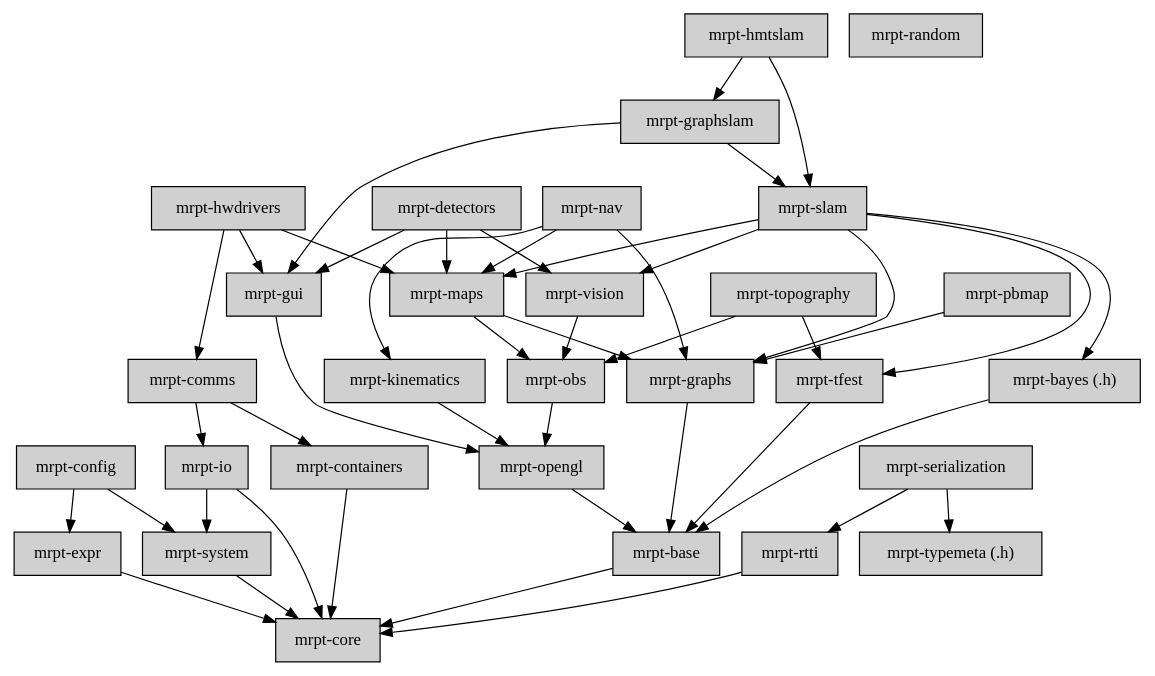
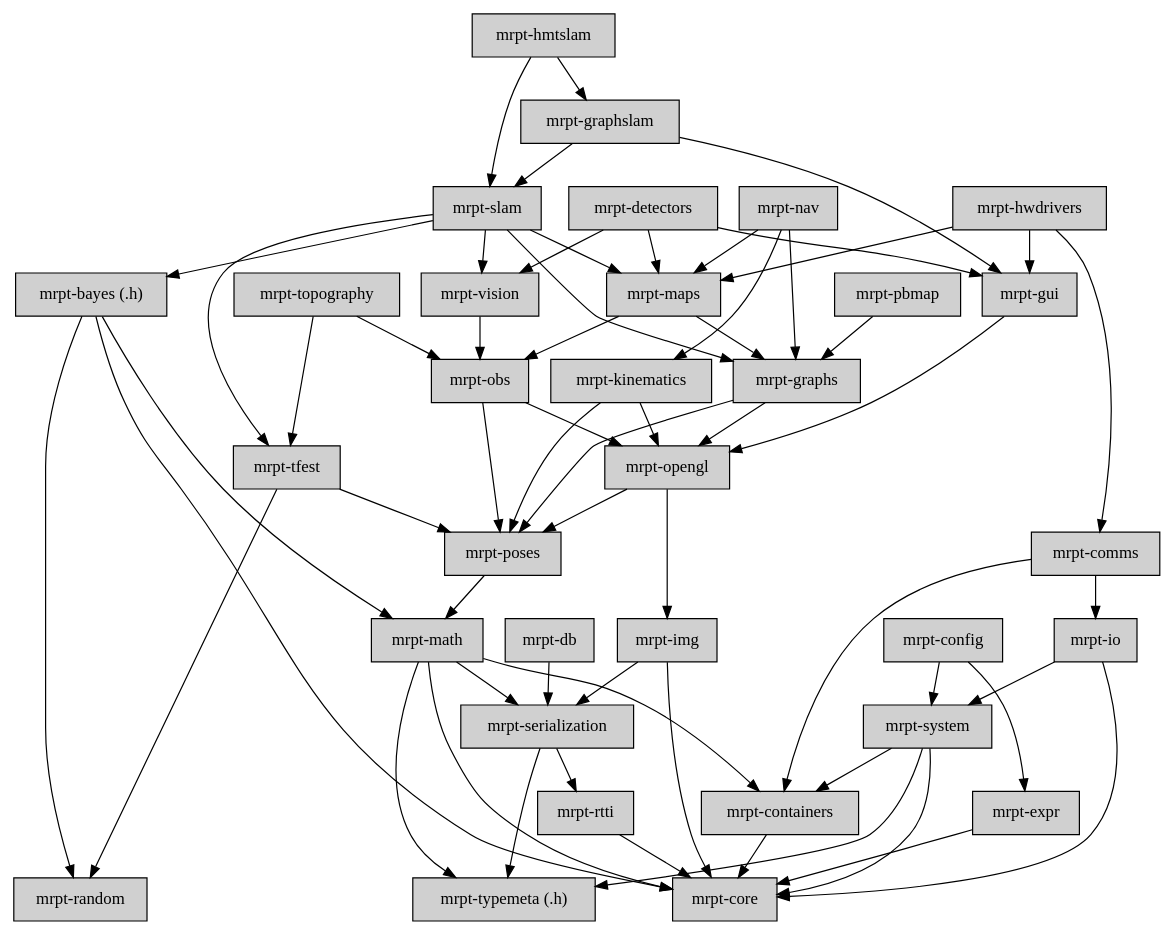
One commit to MRPT/mrpt changed the diagram in doc/design_of_images/graph_mrpt_libs.dot. Above: the diagram before and after it, drawn with Graphviz. The commit also changed 446 other files, not shown here.

```diff
--- a/doc/design_of_images/graph_mrpt_libs.dot
+++ b/doc/design_of_images/graph_mrpt_libs.dot
@@ -1,106 +1,134 @@
 digraph MRPT_LIBS {
 
 	node [shape=box,style=filled, fillcolor="#D0D0D0"];
 
-	base  [label="mrpt-base",URL="group__mrpt__base__grp.html"];
-	base -> core;
-
 	bayes [label="mrpt-bayes (.h)",URL="group__mrpt__bayes__grp.html"];
-	bayes -> base;
+	bayes -> core;
+	bayes -> math;
+	bayes -> random;
 
 	comms [label="mrpt-comms",URL="group__mrpt__comms__grp.html"];
 	comms -> io;
 	comms -> containers
 
 	config   [label="mrpt-config",URL="group__mrpt__config__grp.html"];
 	config -> expr;
 	config -> system;
 
 	containers  [label="mrpt-containers",URL="group__mrpt__containers__grp.html"];
 	containers -> core;
 
+	{ rank = sink; 
 	core       [label="mrpt-core",URL="group__mrpt__core__grp.html"];
+	}
+
+	db         [label="mrpt-db",URL="group__mrpt__db__grp.html"];
+	db  -> serialization;
 
 	detectors  [label="mrpt-detectors",URL="group__mrpt__detectors__grp.html"];
 	detectors -> gui;
 	detectors -> maps;
 	detectors -> vision;
 
 	expr       [label="mrpt-expr",URL="group__mrpt__expr__grp.html"];
 	expr -> core;
 
 	graphs     [label="mrpt-graphs",URL="group__mrpt__graphs__grp.html"];
-	graphs -> base;
+	graphs -> opengl;
+	graphs -> poses;
 
 	graphslam  [label="mrpt-graphslam",URL="group__mrpt__graphslam__grp.html"];
 	graphslam -> gui;
 	graphslam -> slam;
 
 	gui        [label="mrpt-gui",URL="group__mrpt__gui__grp.html"];
 	gui -> opengl;
 
 	hmtslam    [label="mrpt-hmtslam",URL="group__mrpt__hmtslam__grp.html"];
 	hmtslam -> graphslam;
 	hmtslam -> slam;
 
 	hwdrivers  [label="mrpt-hwdrivers",URL="group__mrpt__hwdrivers__grp.html"];
 	hwdrivers -> comms;
 	hwdrivers -> gui;
 	hwdrivers -> maps;
 
+	img [label="mrpt-img",URL="group__mrpt__img__grp.html"];
+	img  -> core;
+	img  -> serialization;
+
 	io [label="mrpt-io",URL="group__mrpt__io__grp.html"];
 	io  -> core;
 	io  -> system;
 
+	kinematics [label="mrpt-kinematics",URL="group__mrpt__kinematics__grp.html"];
 	kinematics -> opengl;
-	kinematics [label="mrpt-kinematics",URL="group__mrpt__kinematics__grp.html"];
+	kinematics -> poses;
 
 	maps       [label="mrpt-maps",URL="group__mrpt__maps__grp.html"];
 	maps -> graphs;
 	maps -> obs;
+
+	math       [label="mrpt-math",URL="group__mrpt__math__grp.html"];
+	math -> core;
+	math -> containers;
+	math -> typemeta;
+	math -> serialization;
 
 	nav        [label="mrpt-nav",URL="group__mrpt__nav__grp.html"];
 	nav -> graphs;
 	nav -> kinematics;
 	nav -> maps;
 
 	obs        [label="mrpt-obs",URL="group__mrpt__obs__grp.html"];
 	obs -> opengl;
+	obs -> poses;
 
 	opengl     [label="mrpt-opengl", URL="group__mrpt__opengl__grp.html"];
-	opengl -> base;
+	opengl -> poses;
+	opengl -> img;
 
 	pbmap      [label="mrpt-pbmap",URL="group__mrpt__pbmap__grp.html"];
 	pbmap -> graphs;
 
+	poses     [label="mrpt-poses",URL="group__mrpt__poses__grp.html"];
+	poses -> math;
+	
+	{ rank = sink; 
 	random     [label="mrpt-random",URL="group__mrpt__random__grp.html"];
+	}
 
 	rtti     [label="mrpt-rtti",URL="group__mrpt__rtti__grp.html"];
 	rtti -> core;
 
 	serialization [label="mrpt-serialization",URL="group__mrpt__serialization__grp.html"];
 	serialization -> typemeta;
 	serialization -> rtti;
 
 	slam       [label="mrpt-slam",URL="group__mrpt__slam__grp.html"];
 	slam -> bayes;
 	slam -> graphs;
 	slam -> maps;
 	slam -> tfest;
 	slam -> vision;
 
 	system     [label="mrpt-system",URL="group__mrpt__system__grp.html"];
 	system -> core;
+	system -> typemeta;
+	system -> containers;
 
 	tfest      [label="mrpt-tfest",URL="group__mrpt__tfest__grp.html"];
-	tfest -> base;
+	tfest -> random;
+	tfest -> poses;
 
+	topography [label="mrpt-topography",URL="group__mrpt__topography__grp.html"];
 	topography -> obs;
 	topography -> tfest;
-	topography [label="mrpt-topography",URL="group__mrpt__topography__grp.html"];
 
+	{ rank = sink; 
 	typemeta [label="mrpt-typemeta (.h)",URL="group__mrpt__typemeta__grp.html"];
+	}
 
 	vision     [label="mrpt-vision",URL="group__mrpt__vision__grp.html"];
 	vision -> obs;
 }
```
